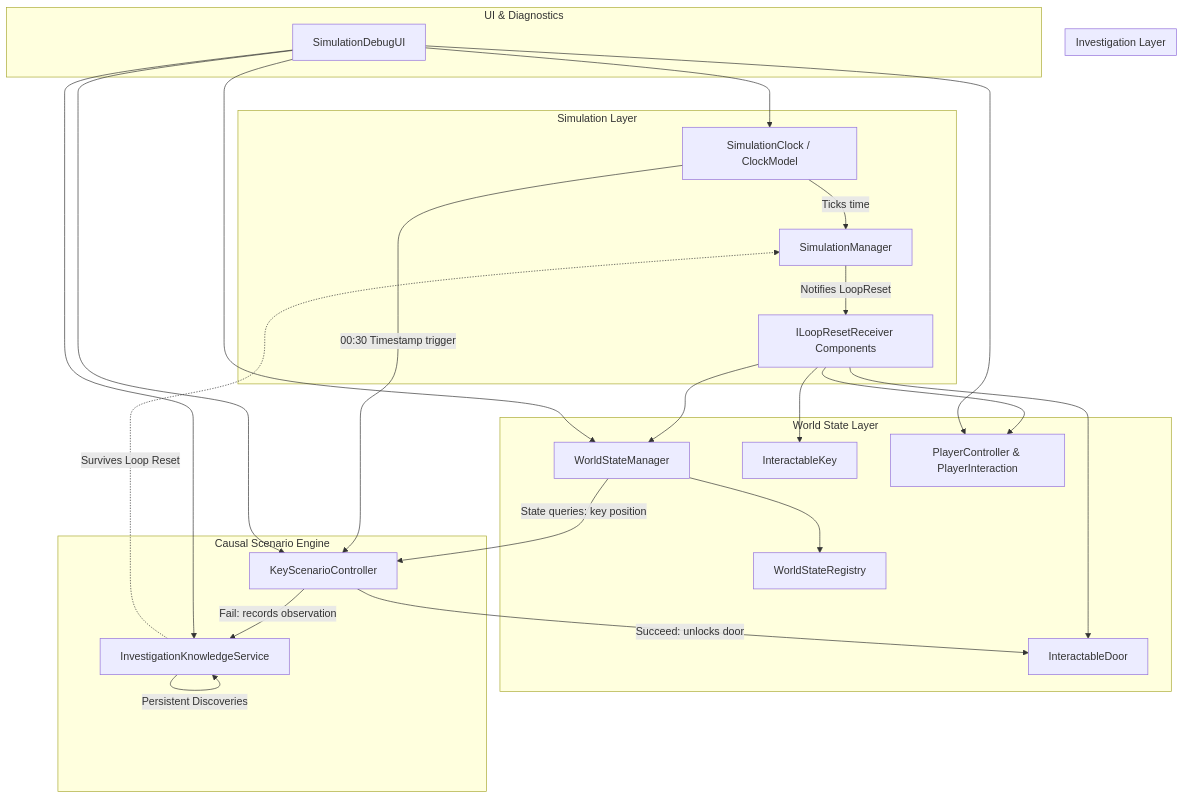
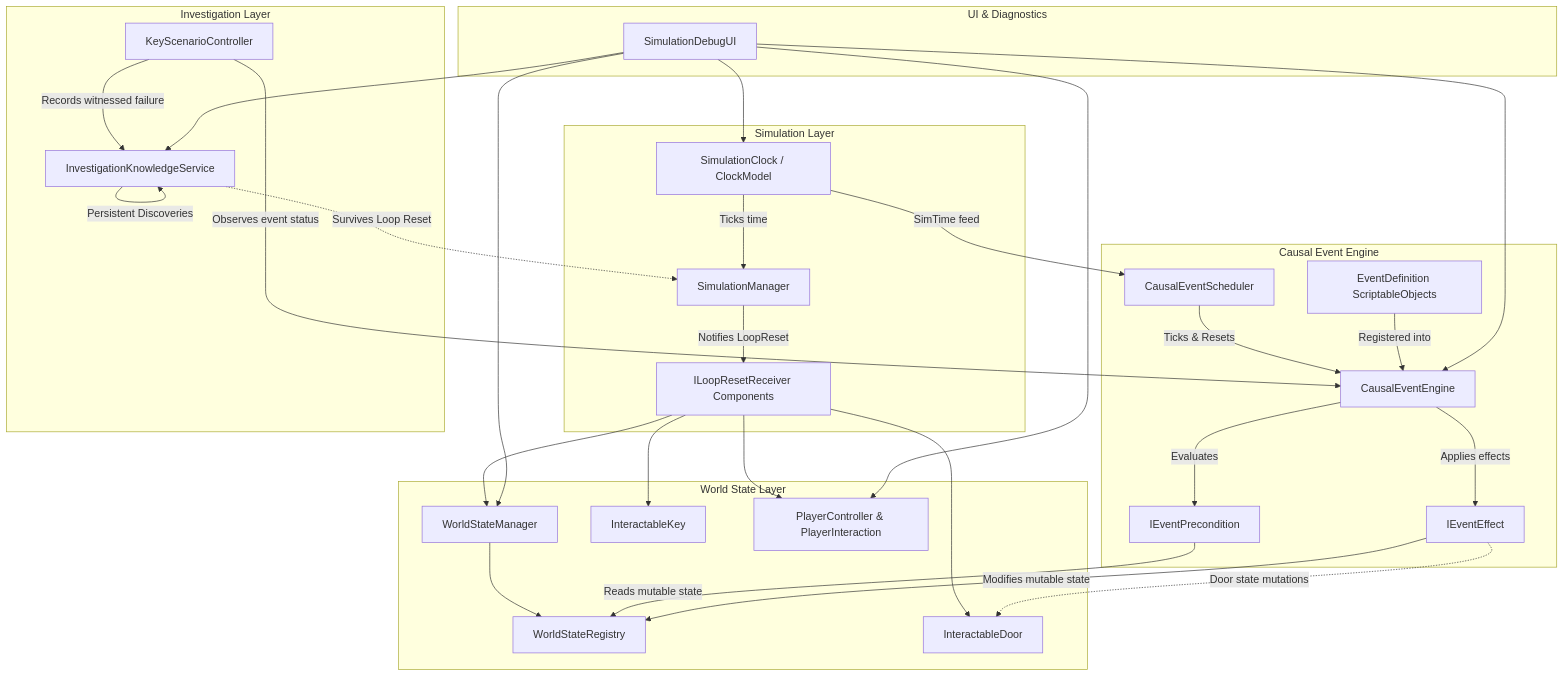
One commit to AmirrezaSedghamiz/Cluedo-Unity changed the diagram in Docs/ARCHITECTURE.md. Above: the diagram before and after it, drawn with Mermaid. The commit also changed other lines of this file and 26 other files, not shown here.

Commit message:
Implement deterministic causal event engine and data-driven scenario

````diff
--- a/Docs/ARCHITECTURE.md
+++ b/Docs/ARCHITECTURE.md
@@ -18,36 +18,41 @@
 ```mermaid
 flowchart TD
     subgraph Simulation Layer
         Clock[SimulationClock / ClockModel] -->|Ticks time| LoopMgr[SimulationManager]
         LoopMgr -->|Notifies LoopReset| Resettables[ILoopResetReceiver Components]
     end
 
     subgraph World State Layer
         WorldMgr[WorldStateManager] --> WorldReg[WorldStateRegistry]
         Resettables --> WorldMgr
         Resettables --> Key[InteractableKey]
         Resettables --> Door[InteractableDoor]
         Resettables --> Player[PlayerController & PlayerInteraction]
     end
 
-    subgraph Causal Scenario Engine
-        Scenario[KeyScenarioController]
-        WorldMgr -->|State queries: key position| Scenario
-        Clock -->|00:30 Timestamp trigger| Scenario
-        Scenario -->|Succeed: unlocks door| Door
-        Scenario -->|Fail: records observation| Knowledge[InvestigationKnowledgeService]
+    subgraph Causal Event Engine
+        Scheduler[CausalEventScheduler] -->|Ticks & Resets| Engine[CausalEventEngine]
+        Clock -->|SimTime feed| Scheduler
+        Def[EventDefinition ScriptableObjects] -->|Registered into| Engine
+        Engine -->|Evaluates| Precond[IEventPrecondition]
+        Engine -->|Applies effects| Effects[IEventEffect]
+        Precond -->|Reads mutable state| WorldReg
+        Effects -->|Modifies mutable state| WorldReg
+        Effects -.->|Door state mutations| Door
     end
 
     subgraph Investigation Layer
+        Scenario[KeyScenarioController] -->|Observes event status| Engine
+        Scenario -->|Records witnessed failure| Knowledge[InvestigationKnowledgeService]
         Knowledge -->|Persistent Discoveries| Knowledge
         Knowledge -.->|Survives Loop Reset| LoopMgr
     end
 
     subgraph UI & Diagnostics
         DebugHUD[SimulationDebugUI] --> Clock
         DebugHUD --> WorldMgr
-        DebugHUD --> Scenario
+        DebugHUD --> Engine
         DebugHUD --> Knowledge
         DebugHUD --> Player
     end
 ```
````
